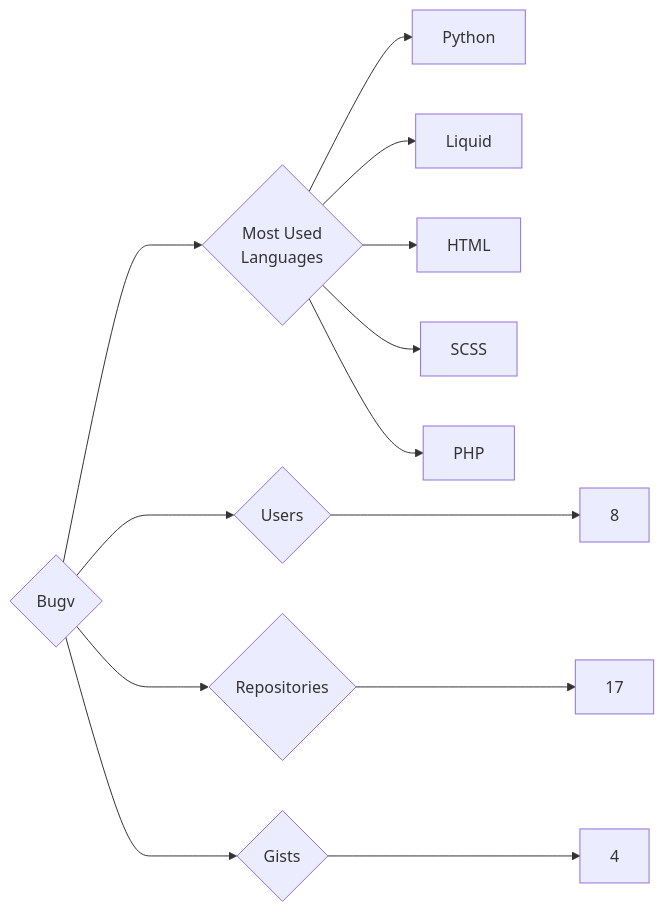
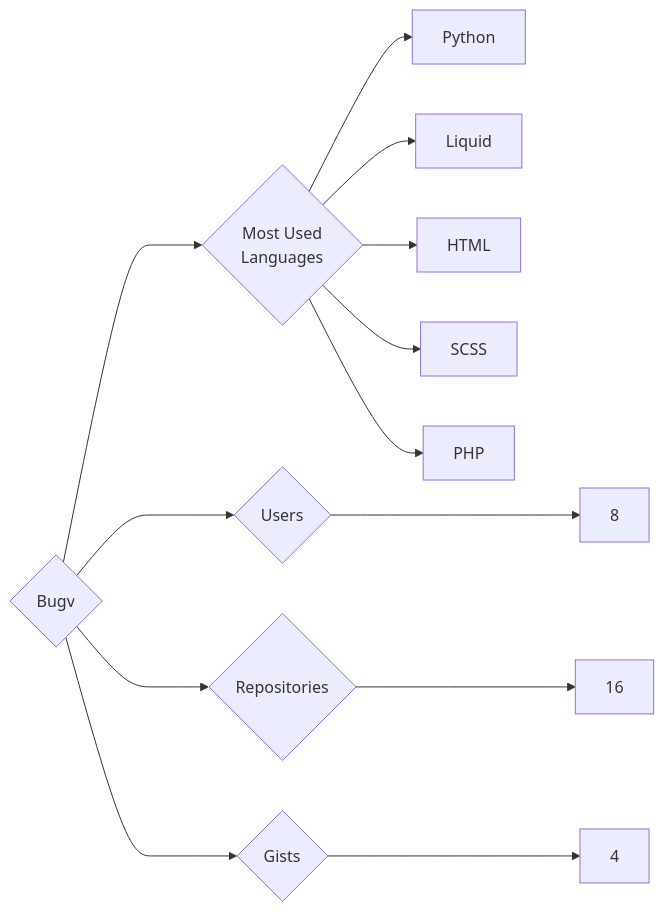
Before and after one commit to trickest/insiders: the diagram in targets/Bugv/README.md, drawn with Mermaid. The commit also changed 1167 other files, not shown here.

````diff
--- a/targets/Bugv/README.md
+++ b/targets/Bugv/README.md
@@ -3,13 +3,13 @@
 ```mermaid
 graph LR
 COMPANY_NAME{Bugv}
 COMPANY_NAME ---> U{Users} ---> UN[8]
-COMPANY_NAME ---> R{Repositories} ---> RN[17]
+COMPANY_NAME ---> R{Repositories} ---> RN[16]
 COMPANY_NAME ---> G{Gists} ---> GN[4]
 COMPANY_NAME ---> ML{Most Used<br>Languages}
 ML --> Python[Python]
 ML --> Liquid[Liquid]
 ML --> HTML[HTML]
 ML --> SCSS[SCSS]
 ML --> PHP[PHP]
 ```
````
